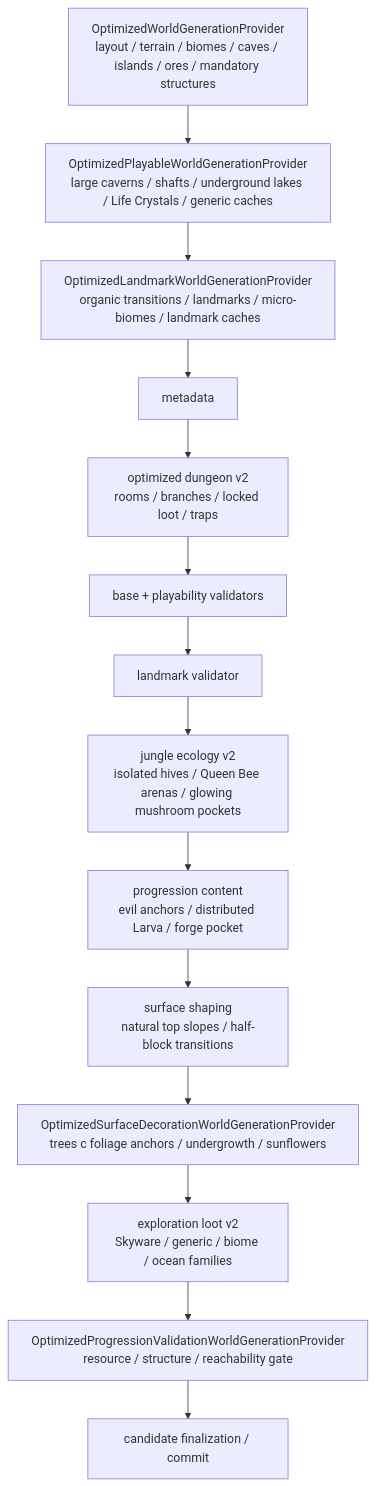
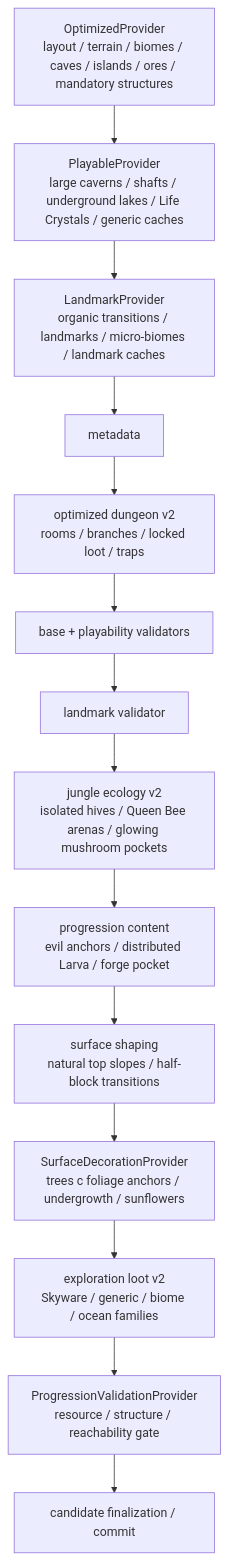
The diagram in docs/ru/optimized-world-generation.md (VegaKernel/TerraRuntime), drawn with Mermaid before and after one commit. The commit also changed other lines of this file and 779 other files, not shown here.

````diff
--- a/docs/ru/optimized-world-generation.md
+++ b/docs/ru/optimized-world-generation.md
@@ -24,19 +24,19 @@
 ```mermaid
 flowchart TD
-    Base["OptimizedWorldGenerationProvider<br/>layout / terrain / biomes / caves / islands / ores / mandatory structures"]
-    Play["OptimizedPlayableWorldGenerationProvider<br/>large caverns / shafts / underground lakes / Life Crystals / generic caches"]
-    Land["OptimizedLandmarkWorldGenerationProvider<br/>organic transitions / landmarks / micro-biomes / landmark caches"]
+    Base["OptimizedProvider<br/>layout / terrain / biomes / caves / islands / ores / mandatory structures"]
+    Play["PlayableProvider<br/>large caverns / shafts / underground lakes / Life Crystals / generic caches"]
+    Land["LandmarkProvider<br/>organic transitions / landmarks / micro-biomes / landmark caches"]
     Meta["metadata"]
     Dungeon["optimized dungeon v2<br/>rooms / branches / locked loot / traps"]
     PVal["base + playability validators"]
     LVal["landmark validator"]
     Ecology["jungle ecology v2<br/>isolated hives / Queen Bee arenas / glowing mushroom pockets"]
     Content["progression content<br/>evil anchors / distributed Larva / forge pocket"]
     Shape["surface shaping<br/>natural top slopes / half-block transitions"]
-    Surf["OptimizedSurfaceDecorationWorldGenerationProvider<br/>trees с foliage anchors / undergrowth / sunflowers"]
+    Surf["SurfaceDecorationProvider<br/>trees с foliage anchors / undergrowth / sunflowers"]
     Loot["exploration loot v2<br/>Skyware / generic / biome / ocean families"]
-    Prog["OptimizedProgressionValidationWorldGenerationProvider<br/>resource / structure / reachability gate"]
+    Prog["ProgressionValidationProvider<br/>resource / structure / reachability gate"]
     Commit["candidate finalization / commit"]
 
     Base --> Play --> Land --> Meta --> Dungeon --> PVal --> LVal --> Ecology --> Content --> Shape --> Surf --> Loot --> Prog --> Commit
 ```
````
